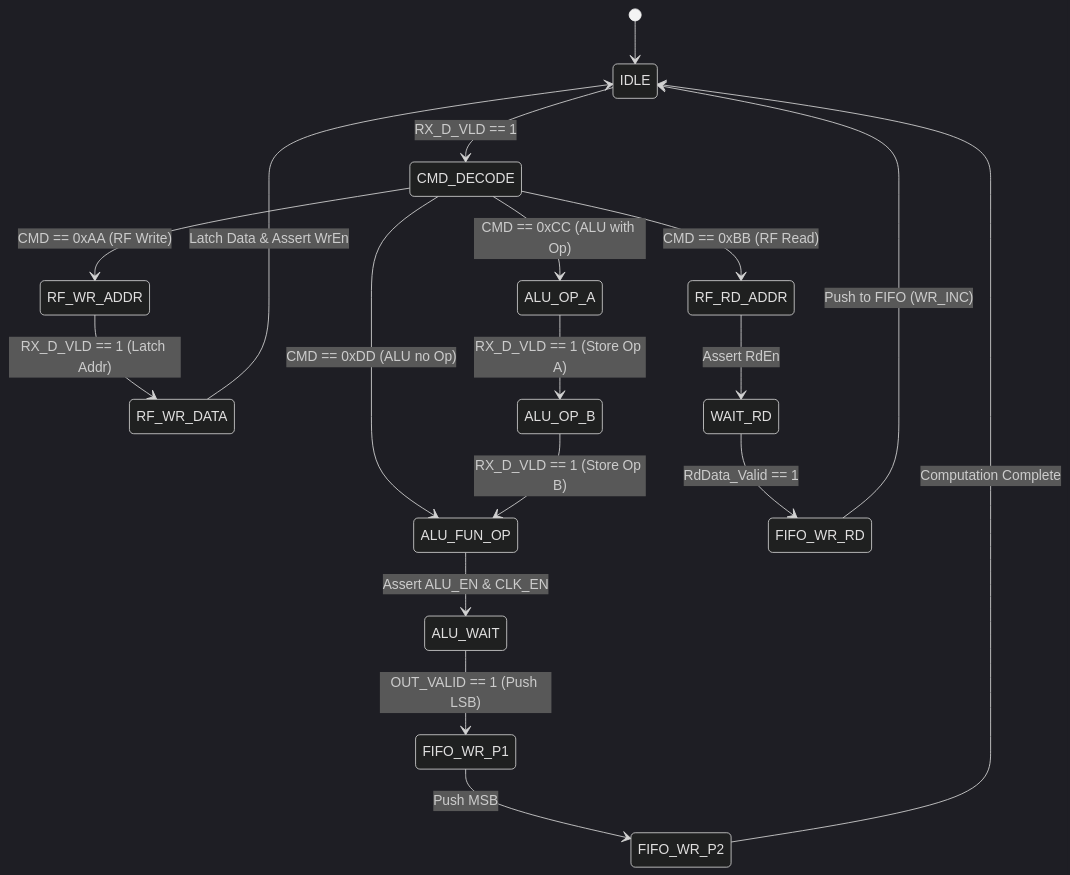
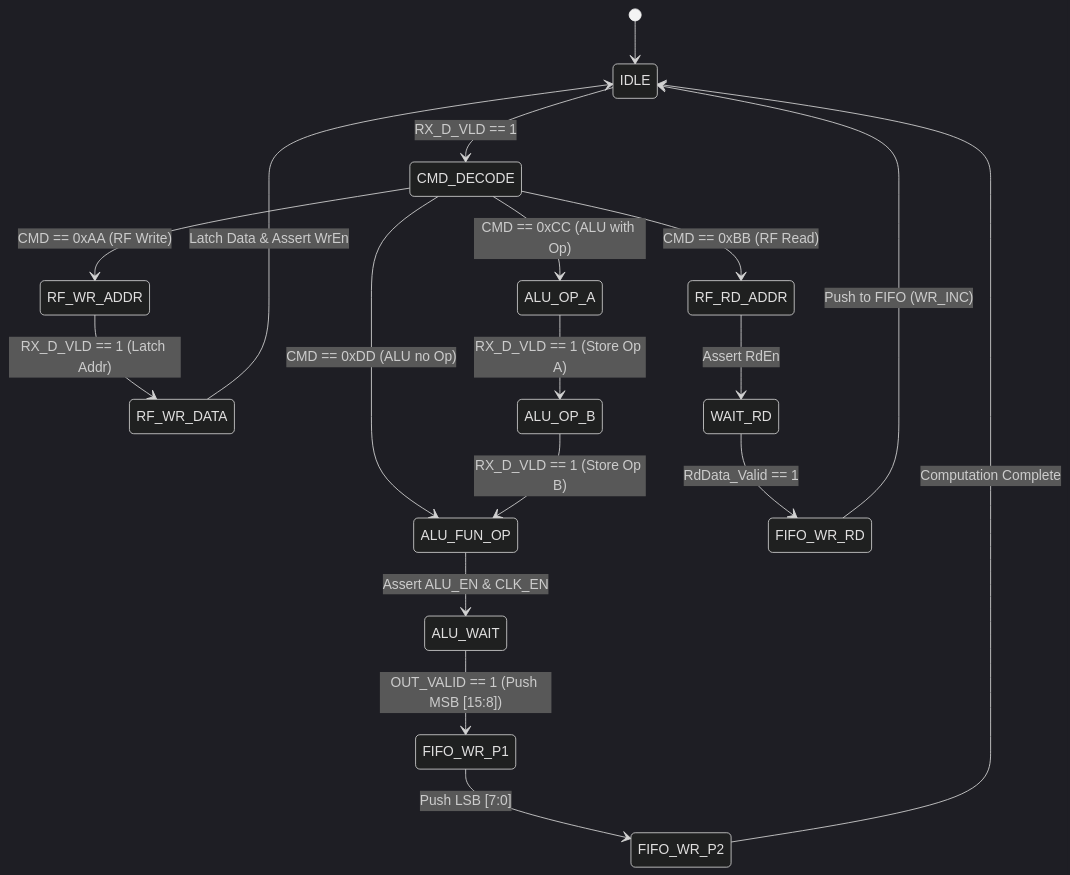
One commit to ahmedbadwy77/Low-Power-Multi-Clock-Digital-Communication-System changed the third of 15 diagrams in README.md. Above: the diagram before and after it, drawn with Mermaid (dark theme). The commit also changed other lines of this file, not shown here.

````diff
--- a/README.md
+++ b/README.md
@@ -222,26 +239,26 @@
 ```mermaid
 stateDiagram-v2
     direction TB
     [*] --> IDLE
     IDLE --> CMD_DECODE: RX_D_VLD == 1
     
     state CMD_DECODE <<choice>>
     CMD_DECODE --> RF_WR_ADDR: CMD == 0xAA (RF Write)
     CMD_DECODE --> RF_RD_ADDR: CMD == 0xBB (RF Read)
     CMD_DECODE --> ALU_OP_A: CMD == 0xCC (ALU with Op)
     CMD_DECODE --> ALU_FUN_OP: CMD == 0xDD (ALU no Op)
     
     RF_WR_ADDR --> RF_WR_DATA: RX_D_VLD == 1 (Latch Addr)
     RF_WR_DATA --> IDLE: Latch Data & Assert WrEn
     
     RF_RD_ADDR --> WAIT_RD: Assert RdEn
     WAIT_RD --> FIFO_WR_RD: RdData_Valid == 1
     FIFO_WR_RD --> IDLE: Push to FIFO (WR_INC)
     
     ALU_OP_A --> ALU_OP_B: RX_D_VLD == 1 (Store Op A)
     ALU_OP_B --> ALU_FUN_OP: RX_D_VLD == 1 (Store Op B)
     ALU_FUN_OP --> ALU_WAIT: Assert ALU_EN & CLK_EN
-    ALU_WAIT --> FIFO_WR_P1: OUT_VALID == 1 (Push LSB)
-    FIFO_WR_P1 --> FIFO_WR_P2: Push MSB
+    ALU_WAIT --> FIFO_WR_P1: OUT_VALID == 1 (Push MSB [15:8])
+    FIFO_WR_P1 --> FIFO_WR_P2: Push LSB [7:0]
     FIFO_WR_P2 --> IDLE: Computation Complete
 ```
````
